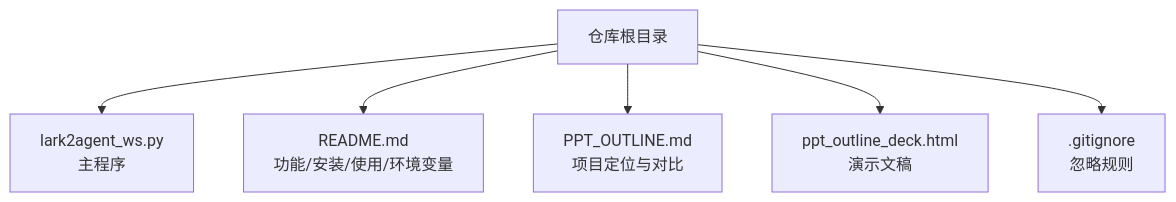
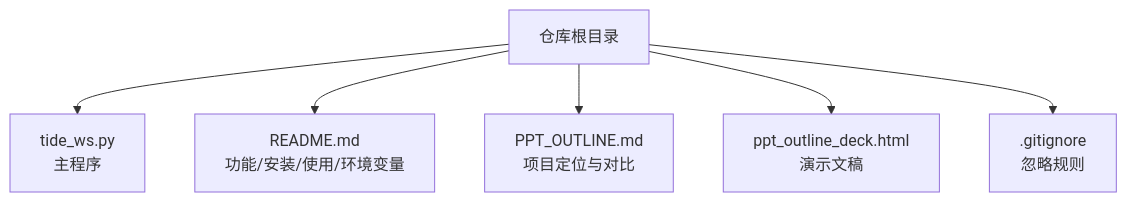
One commit to winditer/tide changed the first of 8 diagrams in .qoder/repowiki/zh/content/项目概述.md. Above: the diagram before and after it, drawn with Mermaid. The commit also changed other lines of this file and 260 other files, not shown here.

````diff
--- a/.qoder/repowiki/zh/content/项目概述.md
+++ b/.qoder/repowiki/zh/content/项目概述.md
@@ -38,8 +38,8 @@
 ```mermaid
 graph TB
-A["仓库根目录"] --> B["lark2agent_ws.py<br/>主程序"]
+A["仓库根目录"] --> B["tide_ws.py<br/>主程序"]
 A --> C["README.md<br/>功能/安装/使用/环境变量"]
 A --> D["PPT_OUTLINE.md<br/>项目定位与对比"]
 A --> E["ppt_outline_deck.html<br/>演示文稿"]
 A --> F[".gitignore<br/>忽略规则"]
 ```
````
